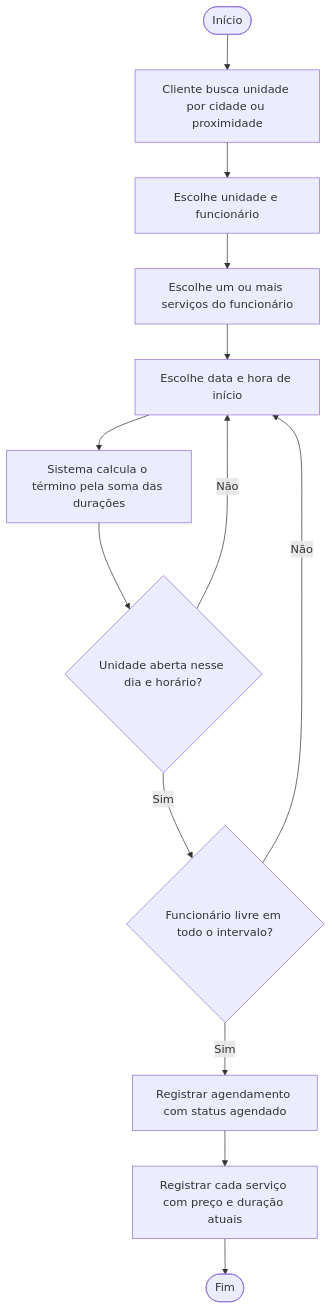
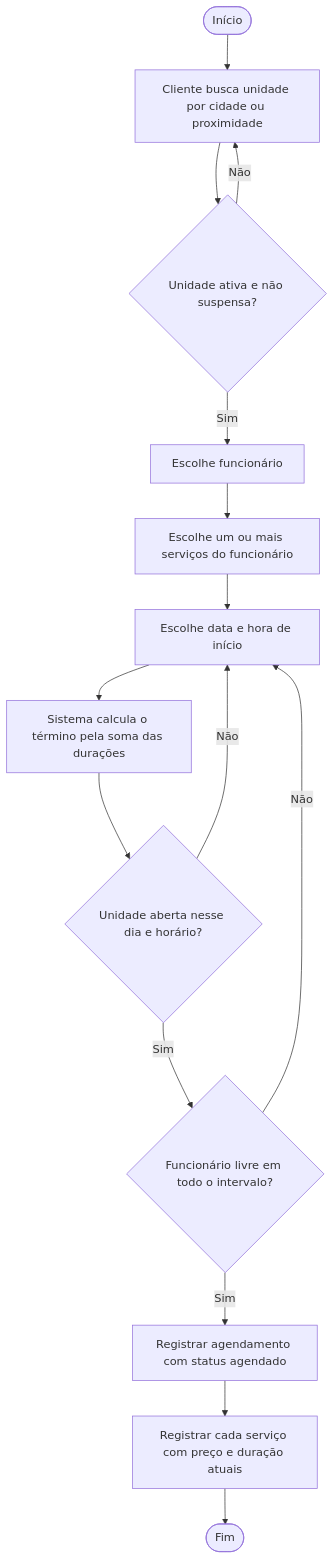
One commit to H3n2ry/code-e-corte-modelagem changed the second of 8 diagrams in README.md. Above: the diagram before and after it, drawn with Mermaid. The commit also changed other lines of this file and 1 other file, not shown here.

````diff
--- a/README.md
+++ b/README.md
@@ -252,15 +321,17 @@
 ```mermaid
 flowchart TD
     A([Início]) --> B[Cliente busca unidade por cidade ou proximidade]
-    B --> C[Escolhe unidade e funcionário]
-    C --> D[Escolhe um ou mais serviços do funcionário]
-    D --> E[Escolhe data e hora de início]
-    E --> F[Sistema calcula o término pela soma das durações]
-    F --> G{Unidade aberta nesse dia e horário?}
-    G -- Não --> E
-    G -- Sim --> H{Funcionário livre em todo o intervalo?}
-    H -- Não --> E
-    H -- Sim --> I[Registrar agendamento com status agendado]
-    I --> J[Registrar cada serviço com preço e duração atuais]
-    J --> K([Fim])
+    B --> C{"Unidade ativa e não suspensa?"}
+    C -- Não --> B
+    C -- Sim --> D[Escolhe funcionário]
+    D --> E[Escolhe um ou mais serviços do funcionário]
+    E --> F[Escolhe data e hora de início]
+    F --> G[Sistema calcula o término pela soma das durações]
+    G --> H{"Unidade aberta nesse dia e horário?"}
+    H -- Não --> F
+    H -- Sim --> I{"Funcionário livre em todo o intervalo?"}
+    I -- Não --> F
+    I -- Sim --> J[Registrar agendamento com status agendado]
+    J --> K["Registrar cada serviço com preço e duração atuais"]
+    K --> L([Fim])
 ```
````
